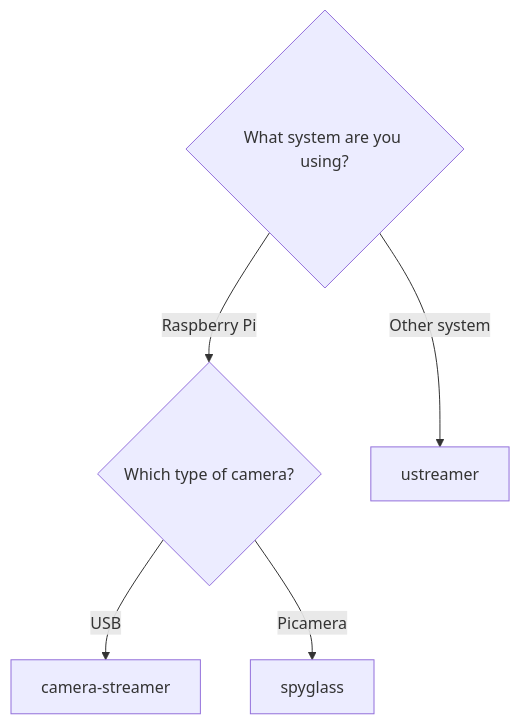
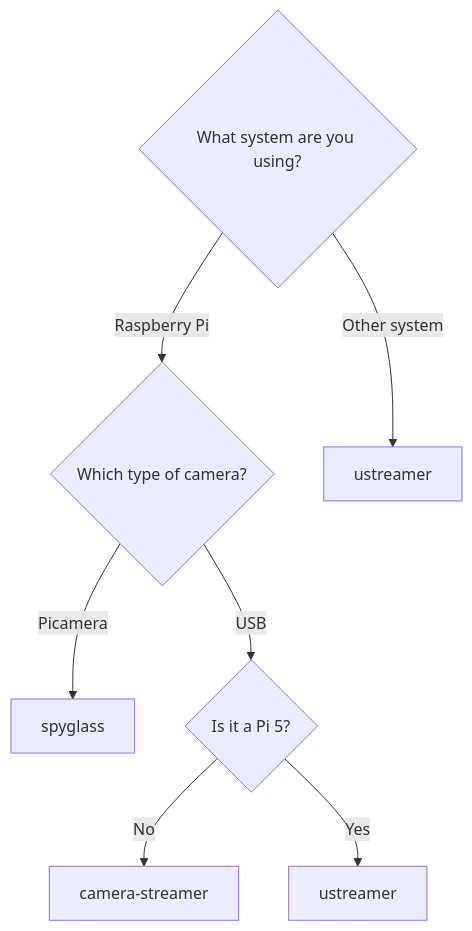
The diagram in docs/crowsnest/faq/backends.md (mainsail-crew/docs), drawn with Mermaid before and after one commit.

Commit message:
docs: adjust backends flow diagram

````diff
--- a/docs/crowsnest/faq/backends.md
+++ b/docs/crowsnest/faq/backends.md
@@ -44,8 +44,10 @@
 ```mermaid
 graph TD
     sys{What system are you using?}
     sys -- Raspberry Pi --> pi{Which type of camera?};
     sys -- Other system --> other[ustreamer];
-    pi -- USB --> usb[camera-streamer];
     pi -- Picamera --> picam[spyglass];
+    pi -- USB --> pi5{Is it a Pi 5?}
+    pi5 -- No --> no_pi5[camera-streamer];
+    pi5 -- Yes --> yes_pi5[ustreamer]
 ```
````
